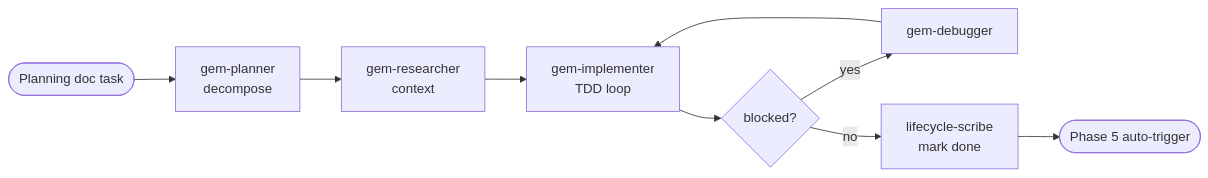
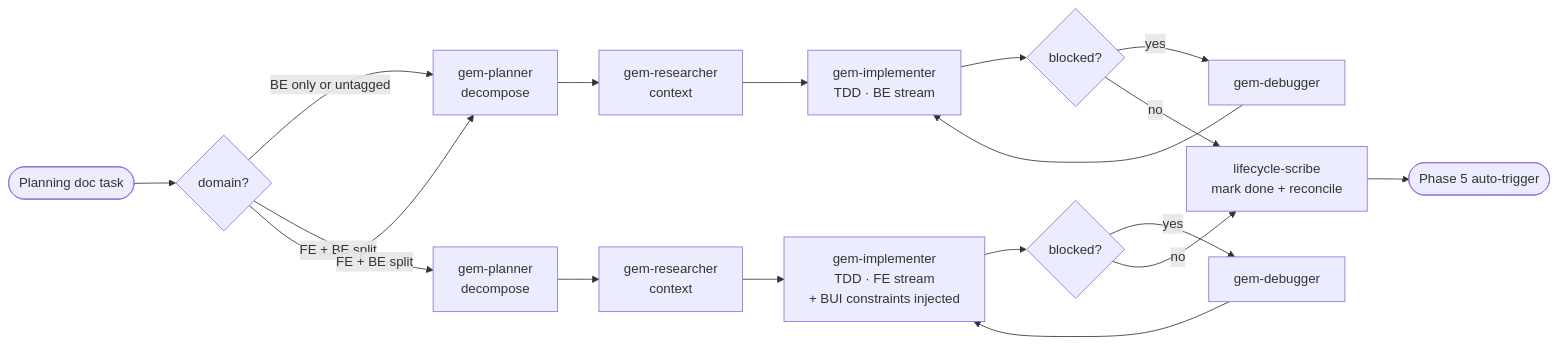
The diagram in ai-workspace/dev-lifecycle/phase-4-execute-plan.md (MrKimBao/dev-lifecycle-agents), drawn with Mermaid before and after one commit. The commit also changed other lines of this file and 17 other files, not shown here.

````diff
--- a/ai-workspace/dev-lifecycle/phase-4-execute-plan.md
+++ b/ai-workspace/dev-lifecycle/phase-4-execute-plan.md
@@ -22,12 +36,19 @@
 ```mermaid
 flowchart LR
-    IN([Planning doc task]) --> A1
-    A1[gem-planner\ndecompose] --> A2
-    A2[gem-researcher\ncontext] --> A3
-    A3[gem-implementer\nTDD loop] --> A4
-    A4{blocked?}
-    A4 -->|yes| A5[gem-debugger]
-    A5 --> A3
-    A4 -->|no| A6[lifecycle-scribe\nmark done]
-    A6 --> OUT([Phase 5 auto-trigger])
+    IN([Planning doc task]) --> ROUTE{domain?}
+
+    ROUTE -->|BE only or untagged| A1_BE
+    ROUTE -->|FE + BE split| A1_FE & A1_BE
+
+    A1_BE[gem-planner\ndecompose] --> A2_BE[gem-researcher\ncontext] --> A3_BE[gem-implementer\nTDD · BE stream]
+    A1_FE[gem-planner\ndecompose] --> A2_FE[gem-researcher\ncontext] --> A3_FE[gem-implementer\nTDD · FE stream\n+ BUI constraints injected]
+
+    A3_BE --> BLOCKED_BE{blocked?}
+    A3_FE --> BLOCKED_FE{blocked?}
+    BLOCKED_BE -->|yes| DBG_BE[gem-debugger] --> A3_BE
+    BLOCKED_FE -->|yes| DBG_FE[gem-debugger] --> A3_FE
+    BLOCKED_BE -->|no| MERGE
+    BLOCKED_FE -->|no| MERGE
+
+    MERGE[lifecycle-scribe\nmark done + reconcile] --> OUT([Phase 5 auto-trigger])
 ```
````
